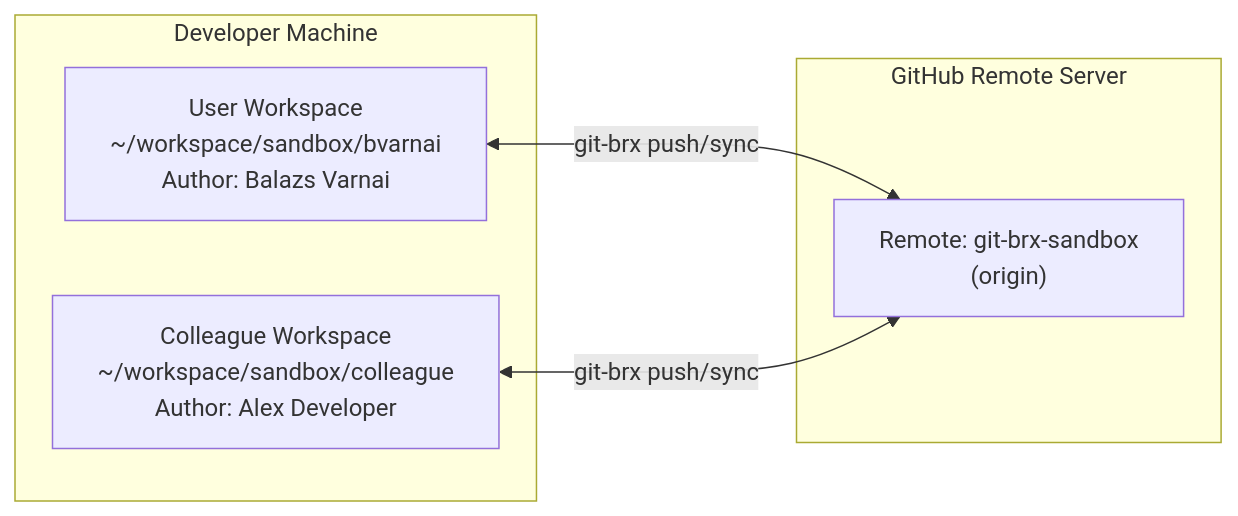
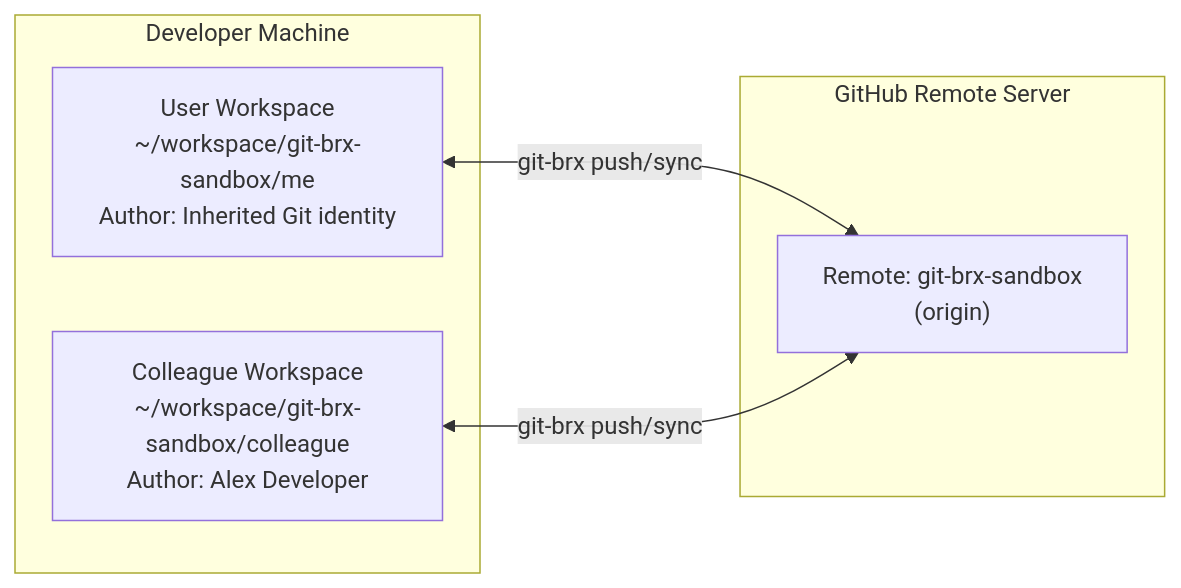
Before and after one commit to bvarnai/git-brx: the first of 2 diagrams in docs/user-guide/colleague-simulation.md, drawn with Mermaid. The commit also changed other lines of this file and 3 other files, not shown here.

Commit message:
feat(#22): add env.sh shell activation script and standardize git-brx-sandbox/me layout

````diff
--- a/docs/user-guide/colleague-simulation.md
+++ b/docs/user-guide/colleague-simulation.md
@@ -11,14 +11,14 @@
 ```mermaid
 flowchart LR
     subgraph Host["Developer Machine"]
-        UserWorkspace["User Workspace<br/>~/workspace/sandbox/bvarnai<br/>Author: Balazs Varnai"]
-        ColleagueWorkspace["Colleague Workspace<br/>~/workspace/sandbox/colleague<br/>Author: Alex Developer"]
+        UserWorkspace["User Workspace<br/>~/workspace/git-brx-sandbox/me<br/>Author: Inherited Git identity"]
+        ColleagueWorkspace["Colleague Workspace<br/>~/workspace/git-brx-sandbox/colleague<br/>Author: Alex Developer"]
     end
 
     subgraph GitHub["GitHub Remote Server"]
         SandboxRepo["Remote: git-brx-sandbox<br/>(origin)"]
     end
 
     UserWorkspace <-->|git-brx push/sync| SandboxRepo
     ColleagueWorkspace <-->|git-brx push/sync| SandboxRepo
 ```
````
